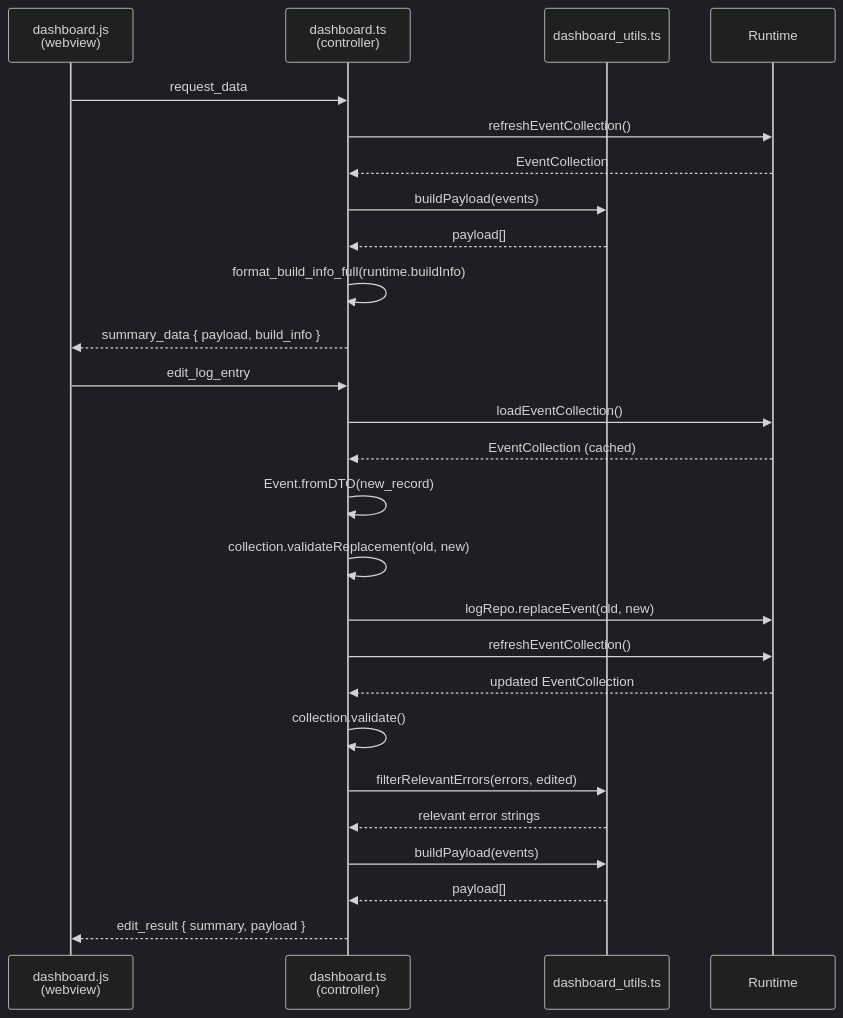
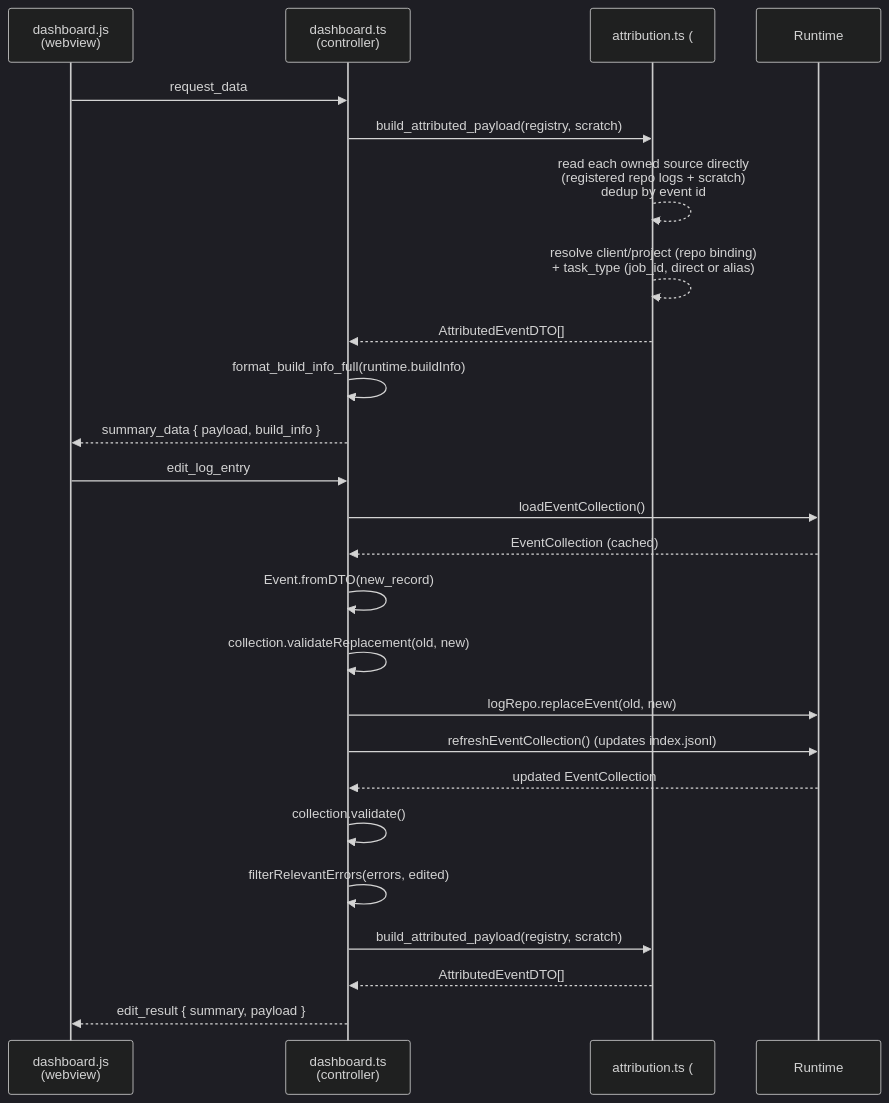
Before and after one commit to Heliman84/timescope: the seventh of 8 diagrams in docs/processes.md, drawn with Mermaid (dark theme). The commit also changed other lines of this file and 5 other files, not shown here.

Commit message:
docs(#15): CHANGELOG, processes diagrams, dev-log retrospective, wiki curation

````diff
--- a/docs/processes.md
+++ b/docs/processes.md
@@ -366,30 +380,29 @@
 ```mermaid
 sequenceDiagram
     participant WV as dashboard.js<br>(webview)
     participant Ctrl as dashboard.ts<br>(controller)
-    participant Utils as dashboard_utils.ts
+    participant Attr as attribution.ts (#15)
     participant RT as Runtime
 
     WV->>Ctrl: request_data
-    Ctrl->>RT: refreshEventCollection()
-    RT-->>Ctrl: EventCollection
-    Ctrl->>Utils: buildPayload(events)
-    Utils-->>Ctrl: payload[]
+    Ctrl->>Attr: build_attributed_payload(registry, scratch)
+    Attr-->>Attr: read each owned source directly<br>(registered repo logs + scratch)<br>dedup by event id
+    Attr-->>Attr: resolve client/project (repo binding)<br>+ task_type (job_id, direct or alias)
+    Attr-->>Ctrl: AttributedEventDTO[]
     Ctrl->>Ctrl: format_build_info_full(runtime.buildInfo)
     Ctrl-->>WV: summary_data { payload, build_info }
 
     WV->>Ctrl: edit_log_entry
     Ctrl->>RT: loadEventCollection()
     RT-->>Ctrl: EventCollection (cached)
     Ctrl->>Ctrl: Event.fromDTO(new_record)
     Ctrl->>Ctrl: collection.validateReplacement(old, new)
     Ctrl->>RT: logRepo.replaceEvent(old, new)
-    Ctrl->>RT: refreshEventCollection()
+    Ctrl->>RT: refreshEventCollection() (updates index.jsonl)
     RT-->>Ctrl: updated EventCollection
     Ctrl->>Ctrl: collection.validate()
-    Ctrl->>Utils: filterRelevantErrors(errors, edited)
-    Utils-->>Ctrl: relevant error strings
-    Ctrl->>Utils: buildPayload(events)
-    Utils-->>Ctrl: payload[]
+    Ctrl->>Ctrl: filterRelevantErrors(errors, edited)
+    Ctrl->>Attr: build_attributed_payload(registry, scratch)
+    Attr-->>Ctrl: AttributedEventDTO[]
     Ctrl-->>WV: edit_result { summary, payload }
 ```
````
